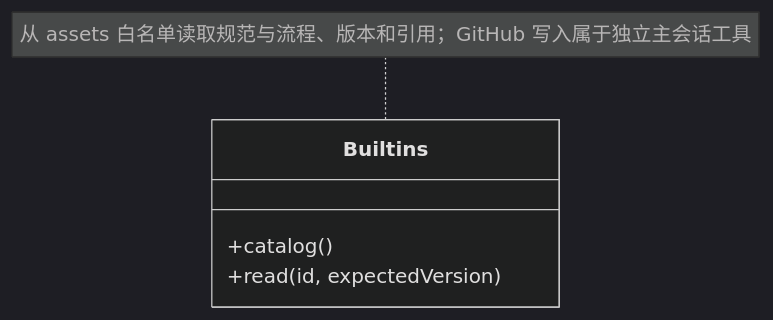
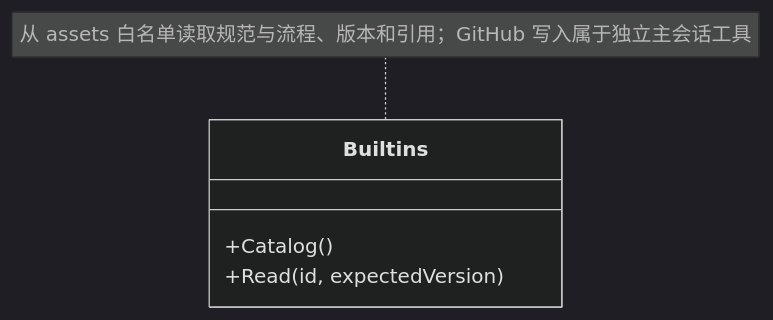
One commit to nan023062/cbim changed the first of 33 diagrams in src/logic/knowledge/rules/ARCHITECTURE.md. Above: the diagram before and after it, drawn with Mermaid (dark theme). The commit also changed other lines of this file and 112 other files, not shown here.

Commit message:
docs: align source architecture with current declarations and contracts

````diff
--- a/src/logic/knowledge/rules/ARCHITECTURE.md
+++ b/src/logic/knowledge/rules/ARCHITECTURE.md
@@ -70,8 +70,8 @@
 ```mermaid
 classDiagram
 class Builtins {
-  +catalog()
-  +read(id, expectedVersion)
+  +Catalog()
+  +Read(id, expectedVersion)
 }
 note for Builtins "从 assets 白名单读取规范与流程、版本和引用；GitHub 写入属于独立主会话工具"
 ```
````
